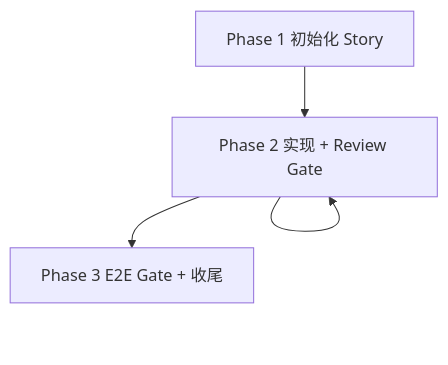
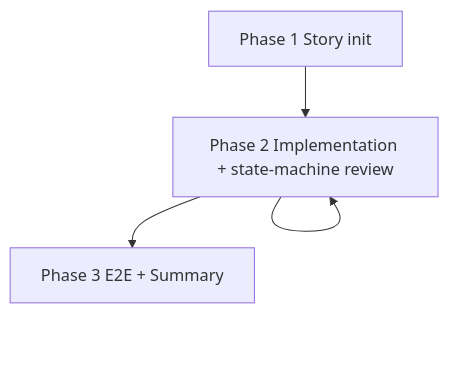
The diagram in skills/kickoff/SKILL.md (Jiangwlee/oh-my-superpowers), drawn with Mermaid before and after one commit. The commit also changed other lines of this file and 14 other files, not shown here.

````diff
--- a/skills/kickoff/SKILL.md
+++ b/skills/kickoff/SKILL.md
@@ -38,6 +61,6 @@
 ```mermaid
 flowchart TD
-    S1[Phase 1 初始化 Story] --> S2[Phase 2 实现 + Review Gate]
-    S2 --> S2
-    S2 --> S3[Phase 3 E2E Gate + 收尾]
+    P1[Phase 1 Story init] --> P2[Phase 2 Implementation + state-machine review]
+    P2 --> P2
+    P2 --> P3[Phase 3 E2E + Summary]
 ```
````
